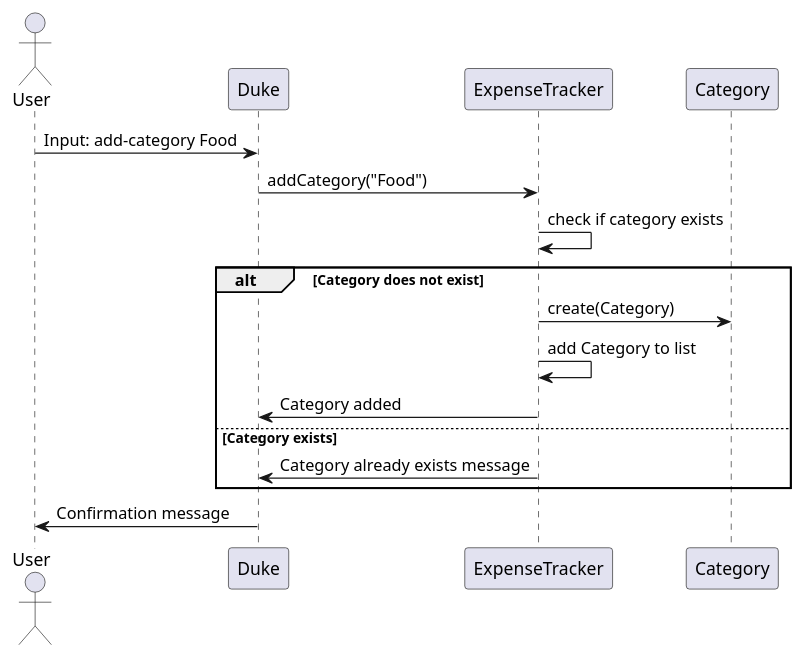
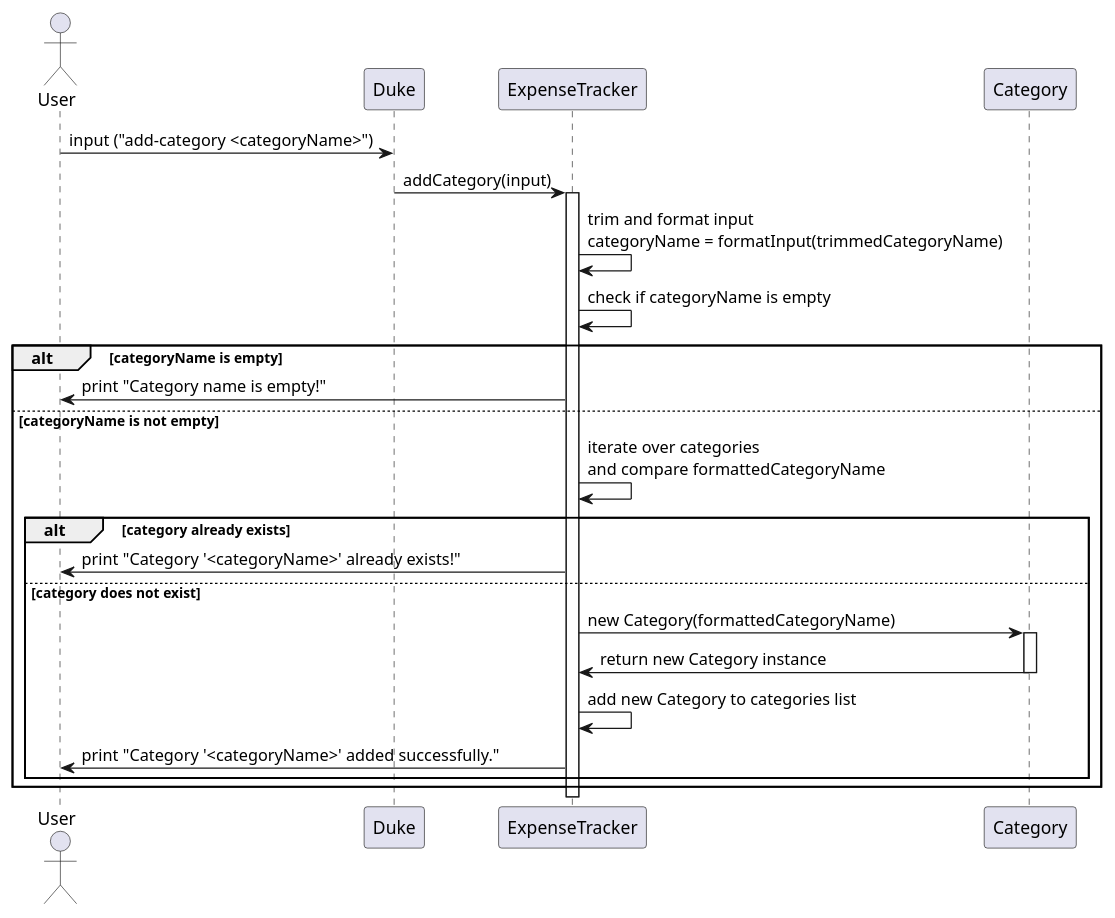
The diagram in docs/diagrams/AddCategory.puml (nus-cs2113-AY2425S1/tp), drawn with PlantUML before and after one commit.

Commit message:
Refactor add-category sequence diagram

```diff
--- a/docs/diagrams/AddCategory.puml
+++ b/docs/diagrams/AddCategory.puml
@@ -1,18 +1,31 @@
 @startuml
 actor User
 participant Duke
 participant ExpenseTracker
 participant Category
 
-User -> Duke: Input: add-category Food
-Duke -> ExpenseTracker: addCategory("Food")
-ExpenseTracker -> ExpenseTracker: check if category exists
-alt Category does not exist
-    ExpenseTracker -> Category: create(Category)
-    ExpenseTracker -> ExpenseTracker: add Category to list
-    ExpenseTracker -> Duke: Category added
-else Category exists
-    ExpenseTracker -> Duke: Category already exists message
+User -> Duke: input ("add-category <categoryName>")
+Duke -> ExpenseTracker: addCategory(input)
+
+activate ExpenseTracker
+ExpenseTracker -> ExpenseTracker: trim and format input\ncategoryName = formatInput(trimmedCategoryName)
+
+ExpenseTracker -> ExpenseTracker: check if categoryName is empty
+alt categoryName is empty
+    ExpenseTracker -> User: print "Category name is empty!"
+else categoryName is not empty
+    ExpenseTracker -> ExpenseTracker: iterate over categories\nand compare formattedCategoryName
+
+    alt category already exists
+        ExpenseTracker -> User: print "Category '<categoryName>' already exists!"
+    else category does not exist
+        ExpenseTracker -> Category: new Category(formattedCategoryName)
+        activate Category
+        Category -> ExpenseTracker: return new Category instance
+        deactivate Category
+
+        ExpenseTracker -> ExpenseTracker: add new Category to categories list
+        ExpenseTracker -> User: print "Category '<categoryName>' added successfully."
+    end
 end
-Duke -> User: Confirmation message
 @enduml
```
